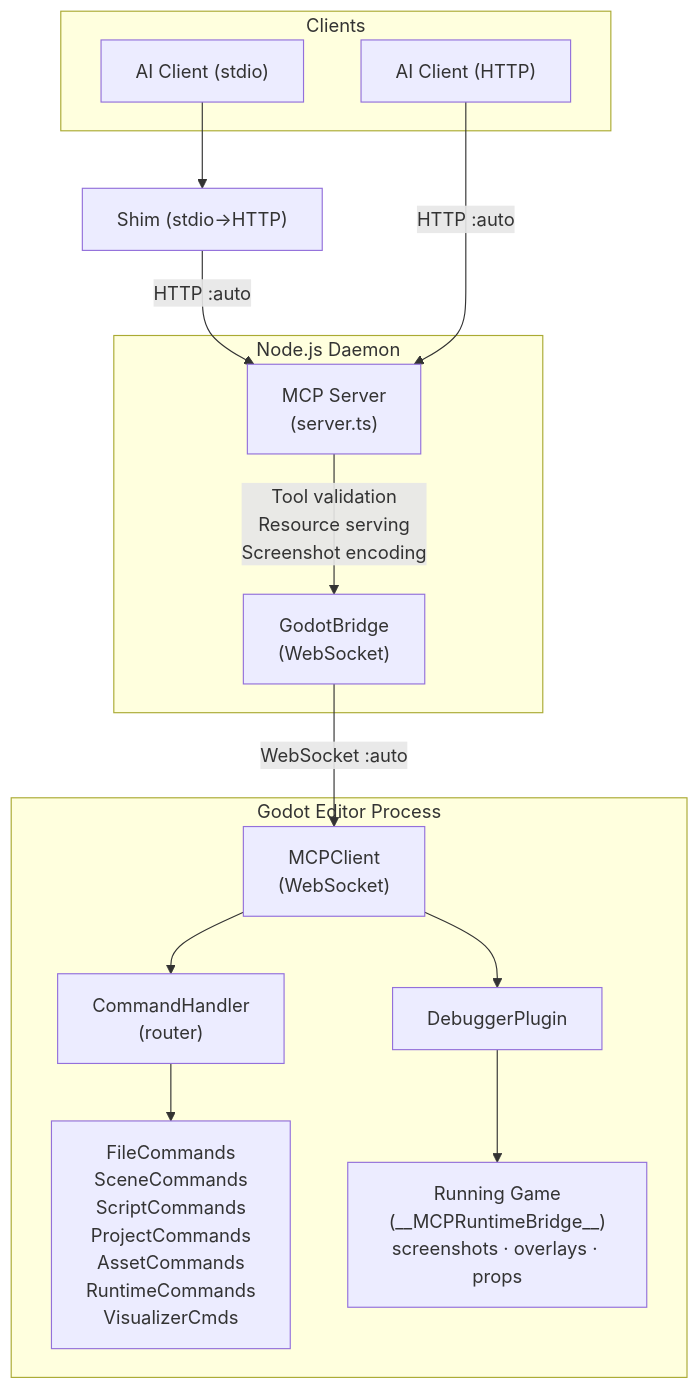
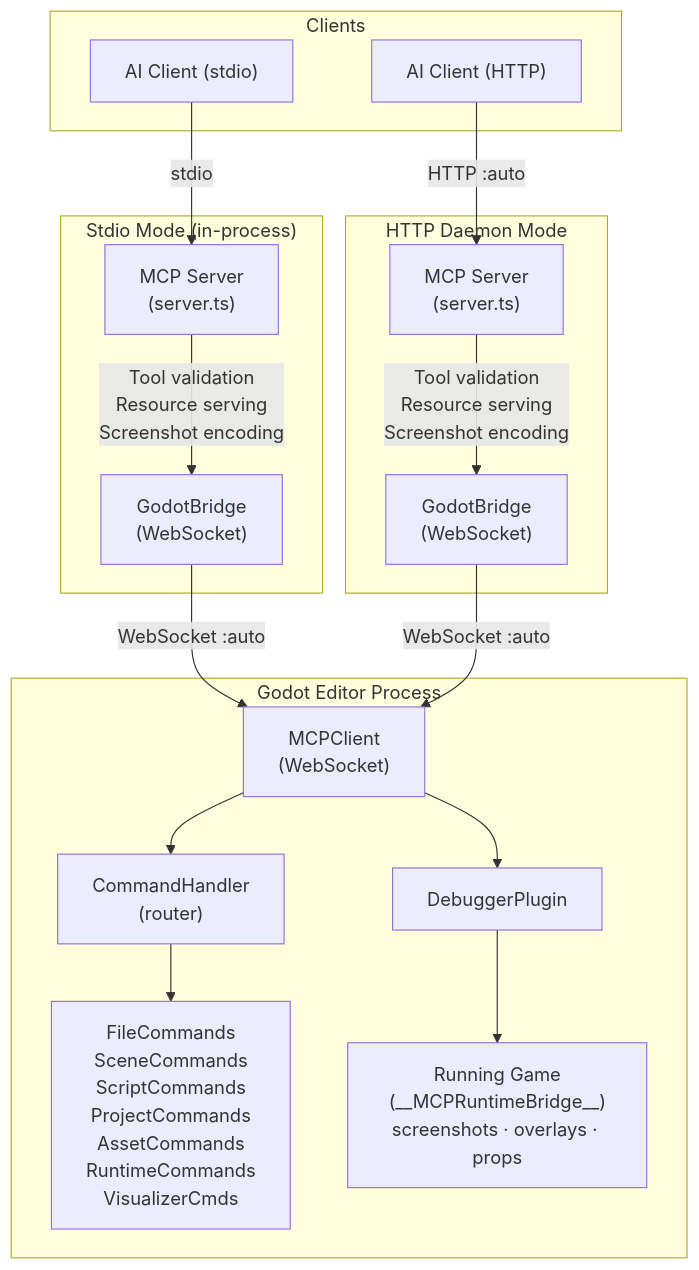
Before and after one commit to elfensky/godot-mcp: the second of 2 diagrams in README.md, drawn with Mermaid. The commit also changed other lines of this file and 9 other files, not shown here.

````diff
--- a/README.md
+++ b/README.md
@@ -199,30 +202,36 @@
 ```mermaid
 graph TD
     subgraph Clients
         S["AI Client (stdio)"]
         H["AI Client (HTTP)"]
     end
 
-    S --> Shim["Shim (stdio→HTTP)"]
-
-    subgraph Daemon["Node.js Daemon"]
-        MCP["MCP Server<br/>(server.ts)"]
-        Bridge["GodotBridge<br/>(WebSocket)"]
-        MCP -->|"Tool validation<br/>Resource serving<br/>Screenshot encoding"| Bridge
+    subgraph StdioServer["Stdio Mode (in-process)"]
+        MCP1["MCP Server<br/>(server.ts)"]
+        Bridge1["GodotBridge<br/>(WebSocket)"]
+        MCP1 -->|"Tool validation<br/>Resource serving<br/>Screenshot encoding"| Bridge1
     end
 
-    Shim -->|HTTP :auto| MCP
-    H -->|HTTP :auto| MCP
+    S -->|stdio| MCP1
+
+    subgraph Daemon["HTTP Daemon Mode"]
+        MCP2["MCP Server<br/>(server.ts)"]
+        Bridge2["GodotBridge<br/>(WebSocket)"]
+        MCP2 -->|"Tool validation<br/>Resource serving<br/>Screenshot encoding"| Bridge2
+    end
+
+    H -->|HTTP :auto| MCP2
 
     subgraph Godot["Godot Editor Process"]
         Client["MCPClient<br/>(WebSocket)"]
         Handler["CommandHandler<br/>(router)"]
         Procs["FileCommands<br/>SceneCommands<br/>ScriptCommands<br/>ProjectCommands<br/>AssetCommands<br/>RuntimeCommands<br/>VisualizerCmds"]
         Debugger["DebuggerPlugin"]
         Game["Running Game<br/>(__MCPRuntimeBridge__)<br/>screenshots · overlays · props"]
         Client --> Handler --> Procs
         Client --> Debugger --> Game
     end
 
-    Bridge -->|"WebSocket :auto"| Client
+    Bridge1 -->|"WebSocket :auto"| Client
+    Bridge2 -->|"WebSocket :auto"| Client
 ```
````
